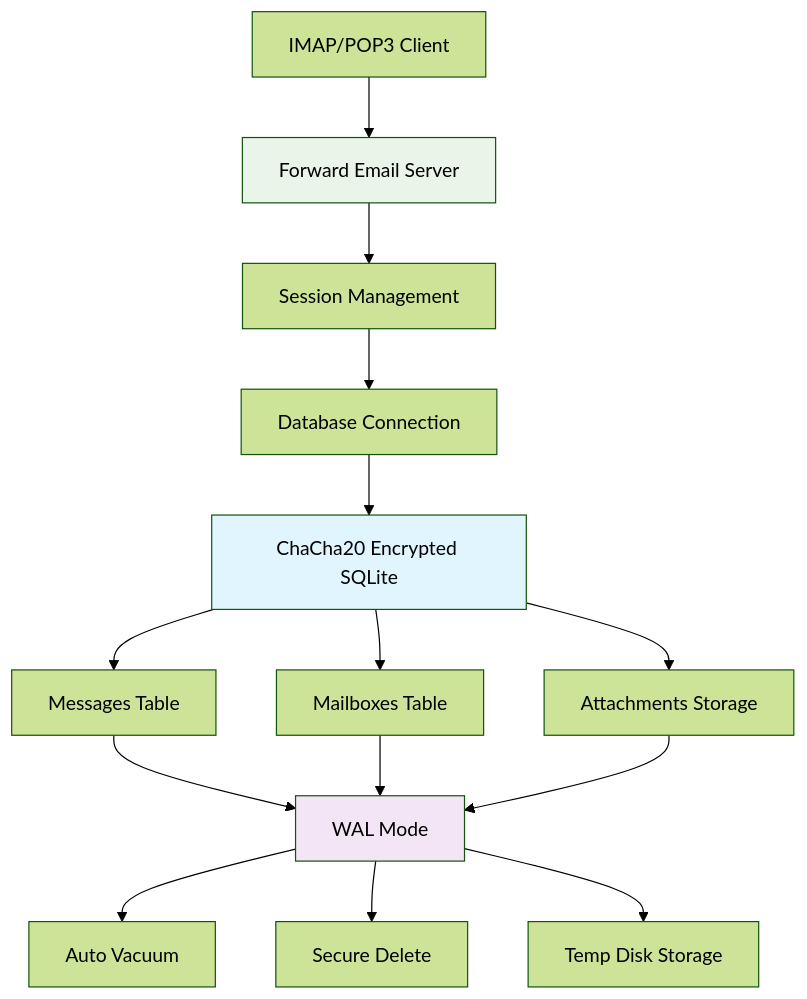
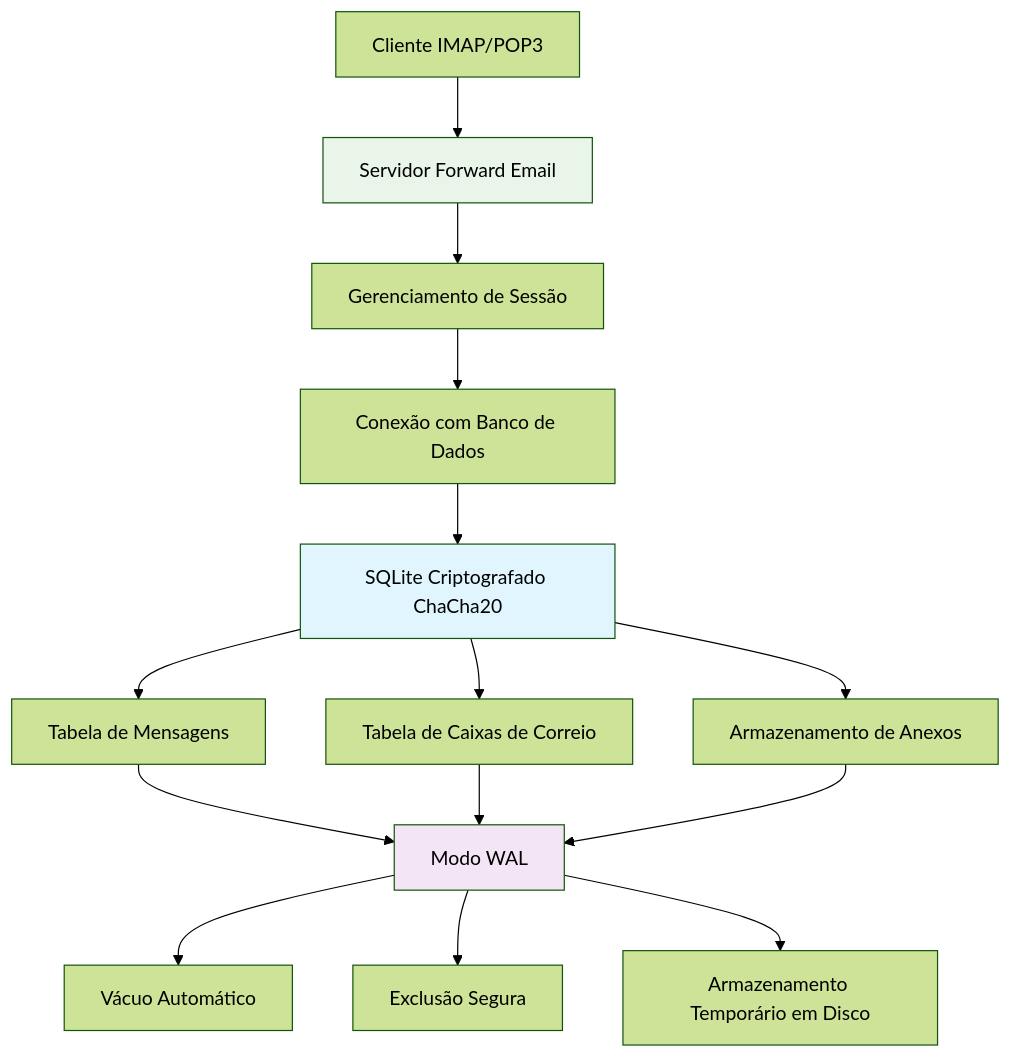
One commit to forwardemail/forwardemail.net changed the second of 3 diagrams in app/views/docs/sqlite-performance-optimization-pragma-chacha20-production-guide/index-pt.md. Above: the diagram before and after it, drawn with Mermaid (forest theme). The commit also changed other lines of this file and 1055 other files, not shown here.

````diff
--- a/app/views/docs/sqlite-performance-optimization-pragma-chacha20-production-guide/index-pt.md
+++ b/app/views/docs/sqlite-performance-optimization-pragma-chacha20-production-guide/index-pt.md
@@ -78,23 +79,23 @@
 ```mermaid
 graph TB
-    A[IMAP/POP3 Client] --> B[Forward Email Server]
-    B --> C[Session Management]
-    C --> D[Database Connection]
-    D --> E[ChaCha20 Encrypted SQLite]
+    A[Cliente IMAP/POP3] --> B[Servidor Forward Email]
+    B --> C[Gerenciamento de Sessão]
+    C --> D[Conexão com Banco de Dados]
+    D --> E[SQLite Criptografado ChaCha20]
 
-    E --> F[Messages Table]
-    E --> G[Mailboxes Table]
-    E --> H[Attachments Storage]
+    E --> F[Tabela de Mensagens]
+    E --> G[Tabela de Caixas de Correio]
+    E --> H[Armazenamento de Anexos]
 
-    F --> I[WAL Mode]
+    F --> I[Modo WAL]
     G --> I
     H --> I
 
-    I --> J[Auto Vacuum]
-    I --> K[Secure Delete]
-    I --> L[Temp Disk Storage]
+    I --> J[Vácuo Automático]
+    I --> K[Exclusão Segura]
+    I --> L[Armazenamento Temporário em Disco]
 
     style E fill:#e1f5fe
     style I fill:#f3e5f5
     style B fill:#e8f5e8
 ```
````
